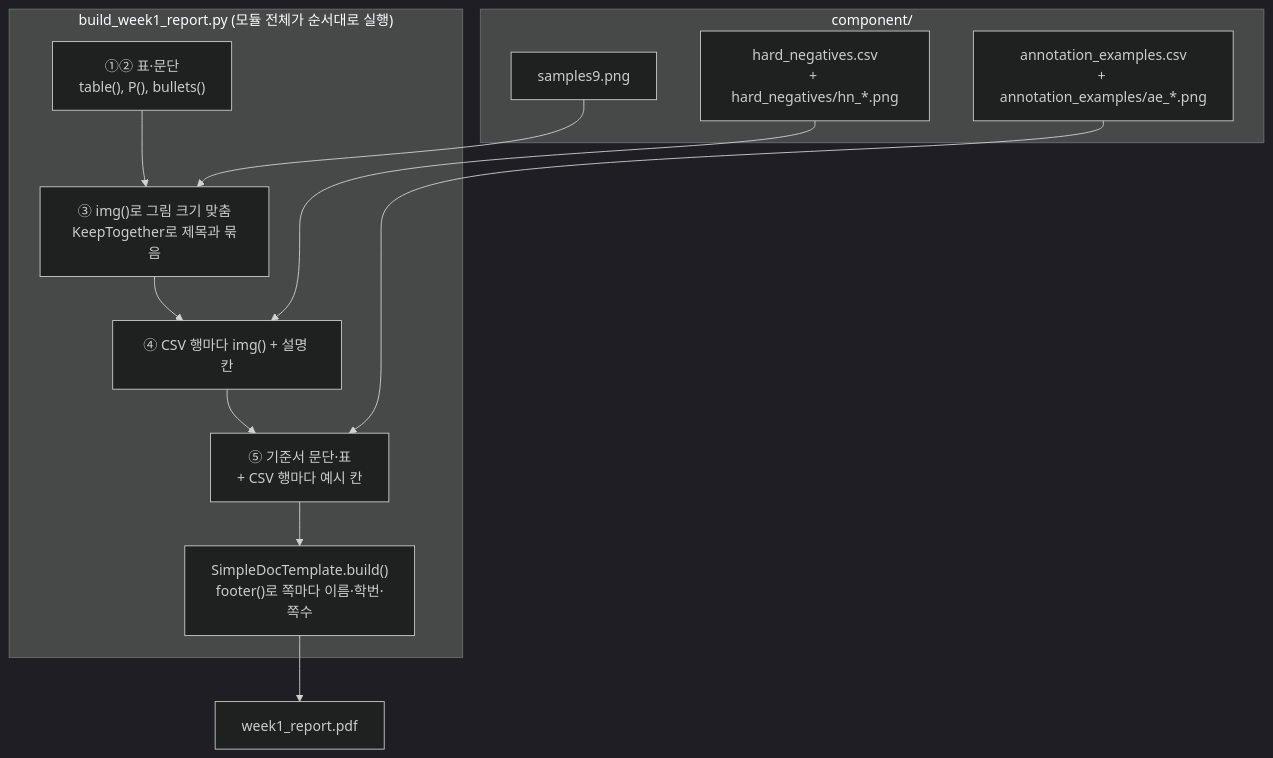
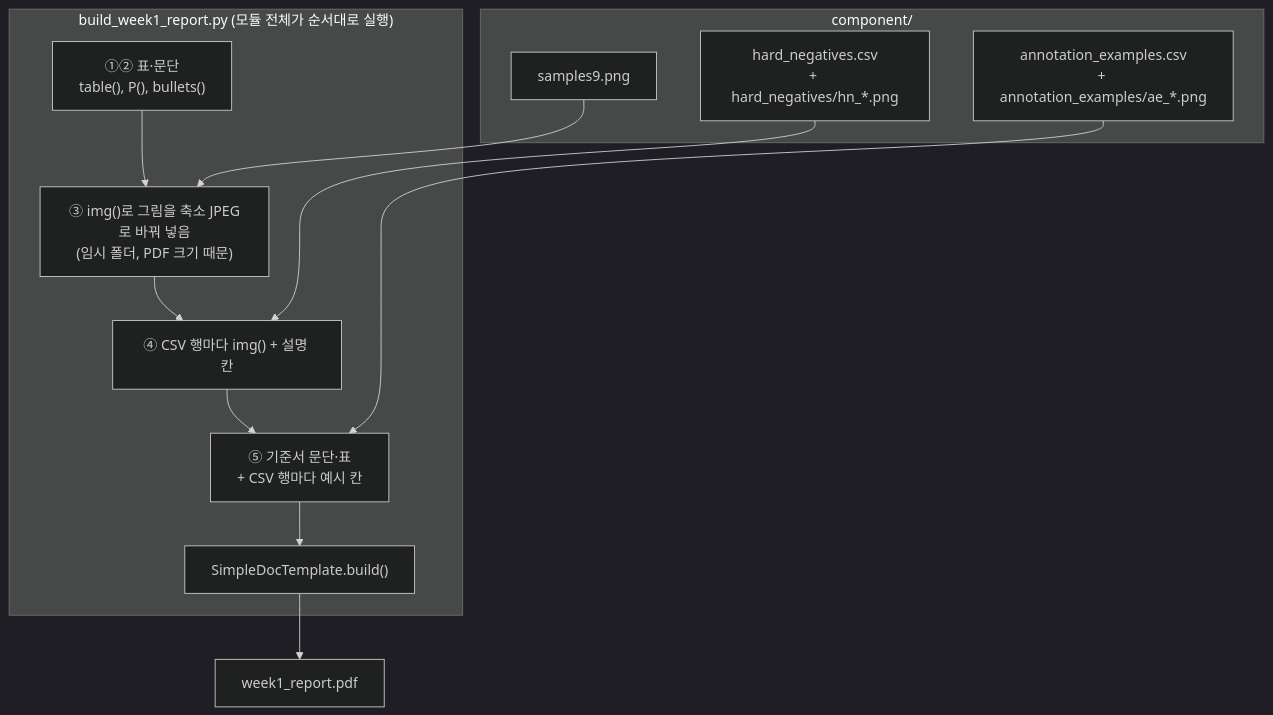
Before and after one commit to wm-shin/detect_surface_defects: the diagram in scripts/mermaid/build_week1_report.md, drawn with Mermaid (dark theme). The commit also changed 3 other files, not shown here.

````diff
--- a/scripts/mermaid/build_week1_report.md
+++ b/scripts/mermaid/build_week1_report.md
@@ -19,20 +19,20 @@
 ```mermaid
 flowchart TD
     subgraph IN["component/"]
         S9["samples9.png"]
         HN["hard_negatives.csv<br/>+ hard_negatives/hn_*.png"]
         AE["annotation_examples.csv<br/>+ annotation_examples/ae_*.png"]
     end
     subgraph B["build_week1_report.py (모듈 전체가 순서대로 실행)"]
         A["①② 표·문단<br/>table(), P(), bullets()"]
-        C["③ img()로 그림 크기 맞춤<br/>KeepTogether로 제목과 묶음"]
+        C["③ img()로 그림을 축소 JPEG로 바꿔 넣음<br/>(임시 폴더, PDF 크기 때문)"]
         D["④ CSV 행마다 img() + 설명 칸"]
         E["⑤ 기준서 문단·표<br/>+ CSV 행마다 예시 칸"]
-        F["SimpleDocTemplate.build()<br/>footer()로 쪽마다 이름·학번·쪽수"]
+        F["SimpleDocTemplate.build()"]
         A --> C --> D --> E --> F
     end
     S9 --> C
     HN --> D
     AE --> E
     F --> O["week1_report.pdf"]
 ```
````
